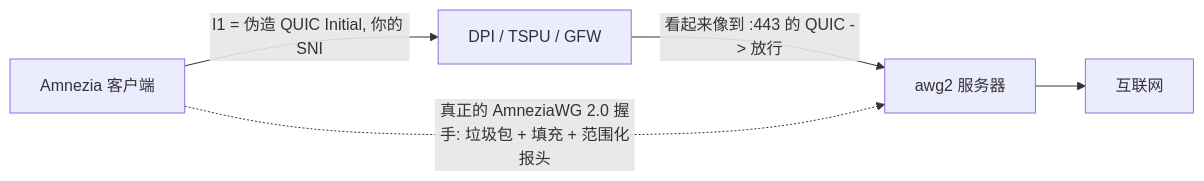
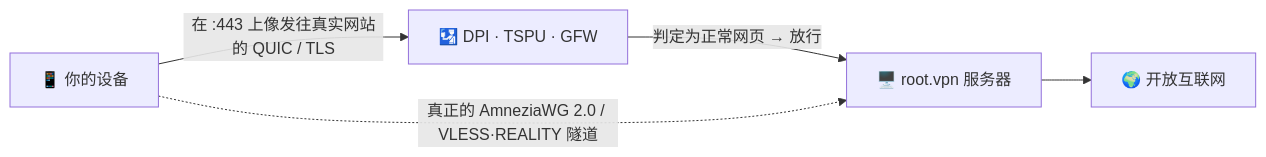
Before and after one commit to vektort13/root.vpn: the diagram in README.zh.md, drawn with Mermaid. The commit also changed other lines of this file and 3 other files, not shown here.

````diff
--- a/README.zh.md
+++ b/README.zh.md
@@ -44,7 +62,7 @@
 ```mermaid
 flowchart LR
-    C["Amnezia 客户端"] -->|"I1 = 伪造 QUIC Initial, 你的 SNI"| DPI["DPI / TSPU / GFW"]
-    DPI -->|"看起来像到 :443 的 QUIC -> 放行"| S["awg2 服务器"]
-    C -. "真正的 AmneziaWG 2.0 握手: 垃圾包 + 填充 + 范围化报头" .-> S
-    S --> NET["互联网"]
+    C["📱 你的设备"] -->|"在 :443 上像发往真实网站的 QUIC / TLS"| DPI["🛂 DPI · TSPU · GFW"]
+    DPI -->|"判定为正常网页 → 放行"| S["🖥️ root.vpn 服务器"]
+    C -. "真正的 AmneziaWG 2.0 / VLESS·REALITY 隧道" .-> S
+    S --> NET["🌍 开放互联网"]
 ```
````
